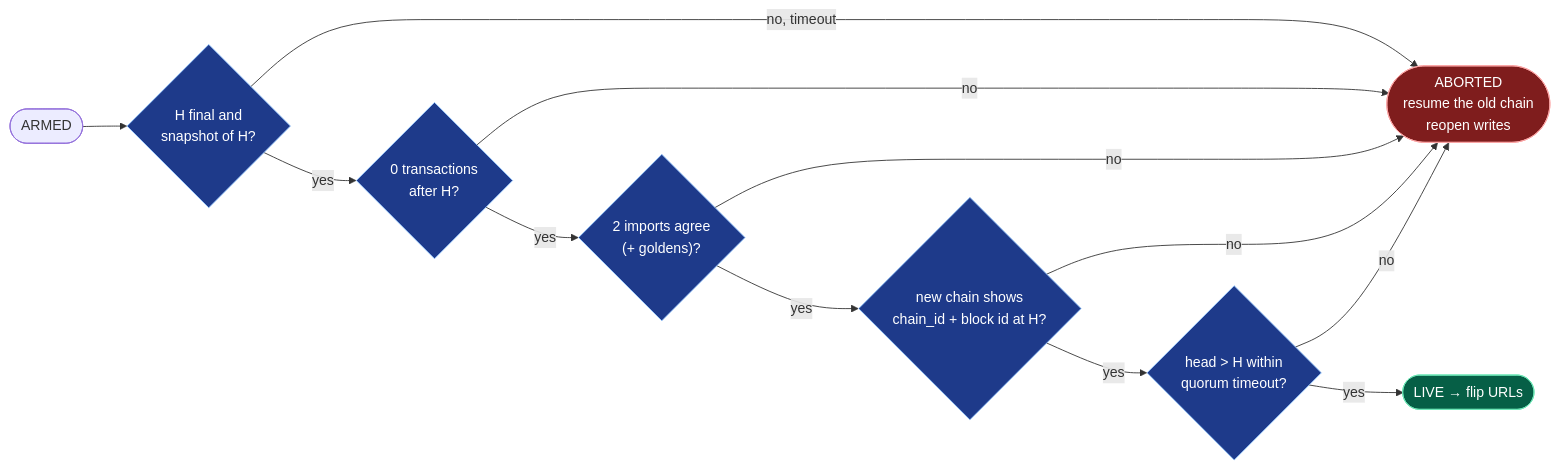
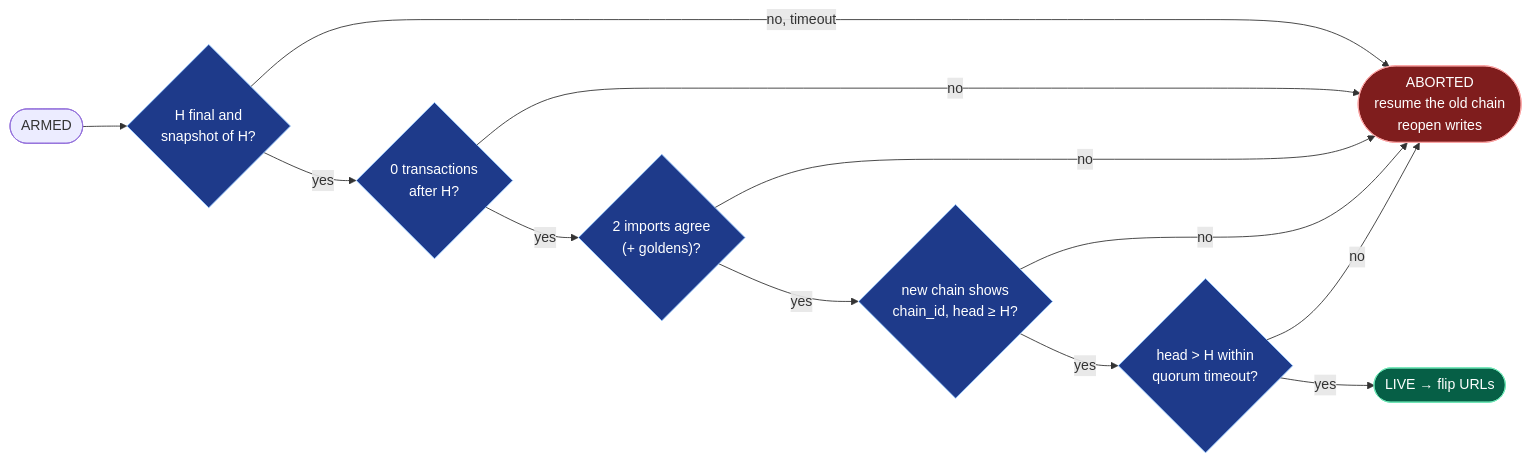
One commit to paulgnz/pulse-cutover changed the eighth of 8 diagrams in docs/PROCESS.md. Above: the diagram before and after it, drawn with Mermaid. The commit also changed other lines of this file and 6 other files, not shown here.

````diff
--- a/docs/PROCESS.md
+++ b/docs/PROCESS.md
@@ -298,18 +309,18 @@
 ```mermaid
 flowchart LR
     classDef gate fill:#1e3a8a,stroke:#93c5fd,color:#fff
     classDef bad fill:#7f1d1d,stroke:#fca5a5,color:#fff
     classDef good fill:#065f46,stroke:#6ee7b7,color:#fff
     S([ARMED]) --> G1{"H final and<br/>snapshot of H?"}:::gate
     G1 -- no, timeout --> X
     G1 -- yes --> G2{"0 transactions<br/>after H?"}:::gate
     G2 -- no --> X
     G2 -- yes --> G3{"2 imports agree<br/>(+ goldens)?"}:::gate
     G3 -- no --> X
-    G3 -- yes --> G4{"new chain shows<br/>chain_id + block id at H?"}:::gate
+    G3 -- yes --> G4{"new chain shows<br/>chain_id, head ≥ H?"}:::gate
     G4 -- no --> X
     G4 -- yes --> G5{"head > H within<br/>quorum timeout?"}:::gate
     G5 -- no --> X
     G5 -- yes --> L([LIVE → flip URLs]):::good
     X([ABORTED<br/>resume the old chain<br/>reopen writes]):::bad
 ```
````
